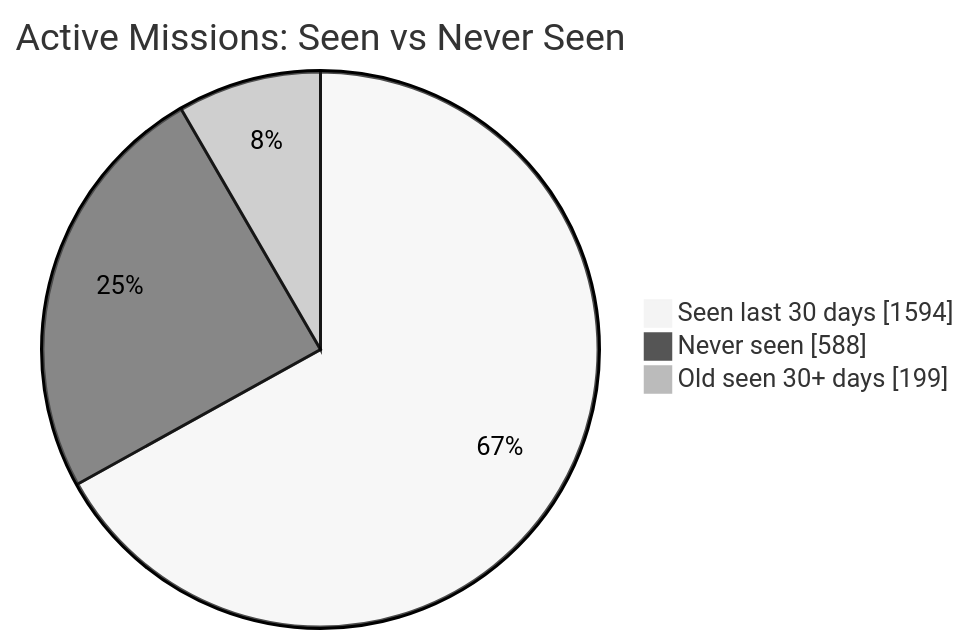
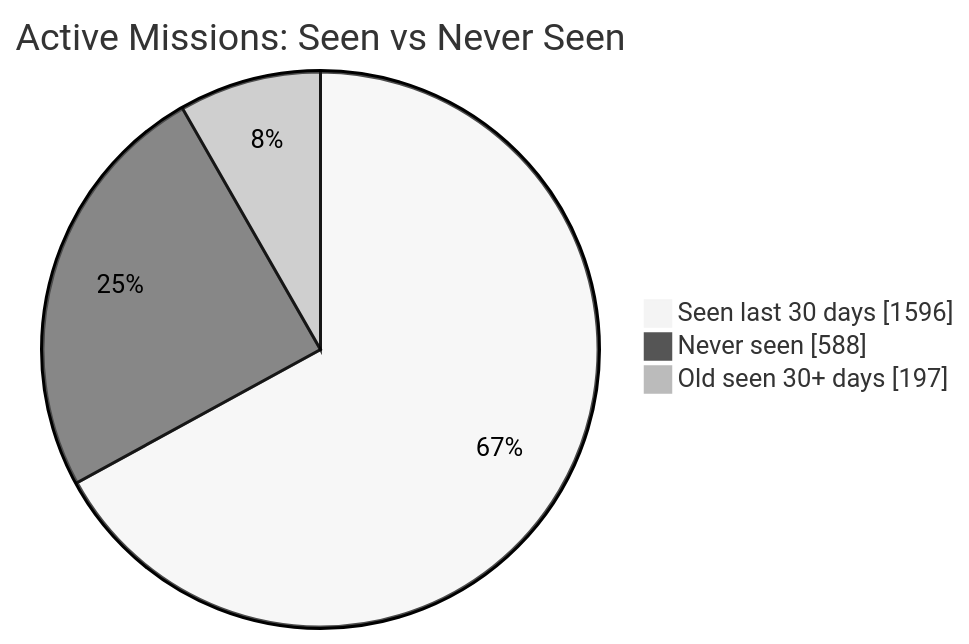
Before and after one commit to MeldkamerspelGameTeam/active-missions: the first of 2 diagrams in README.md, drawn with Mermaid (neutral theme). The commit also changed other lines of this file and 2 other files, not shown here.

````diff
--- a/README.md
+++ b/README.md
@@ -34,7 +34,7 @@
 ```mermaid
 pie showData
     title Active Missions: Seen vs Never Seen
-    "Seen last 30 days" : 1594
+    "Seen last 30 days" : 1596
     "Never seen" : 588
-    "Old seen 30+ days" : 199
+    "Old seen 30+ days" : 197
 ```
````
